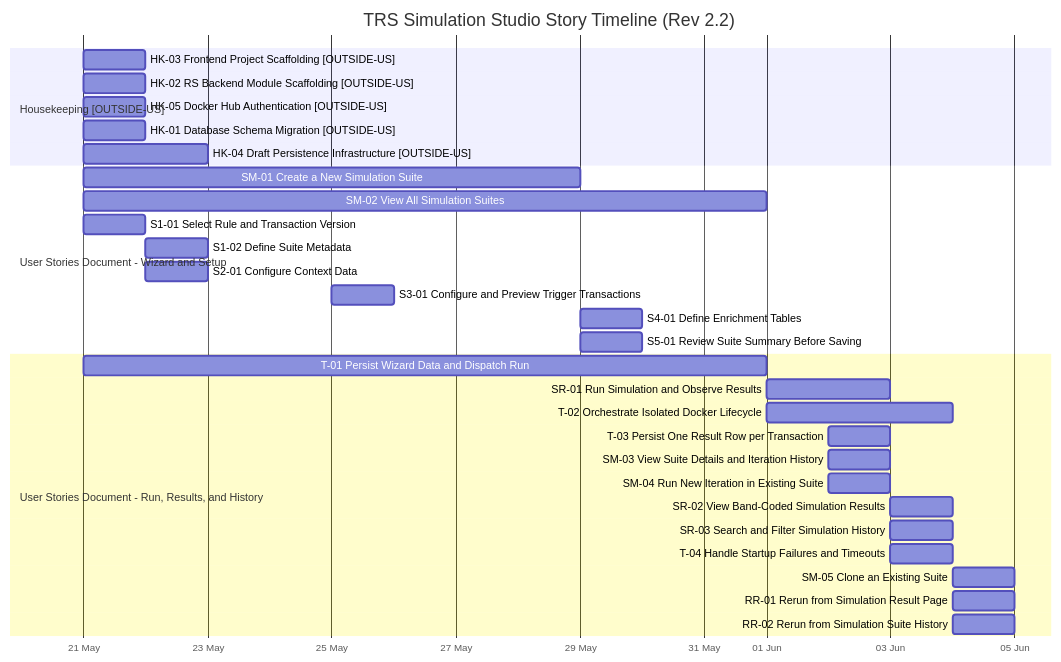
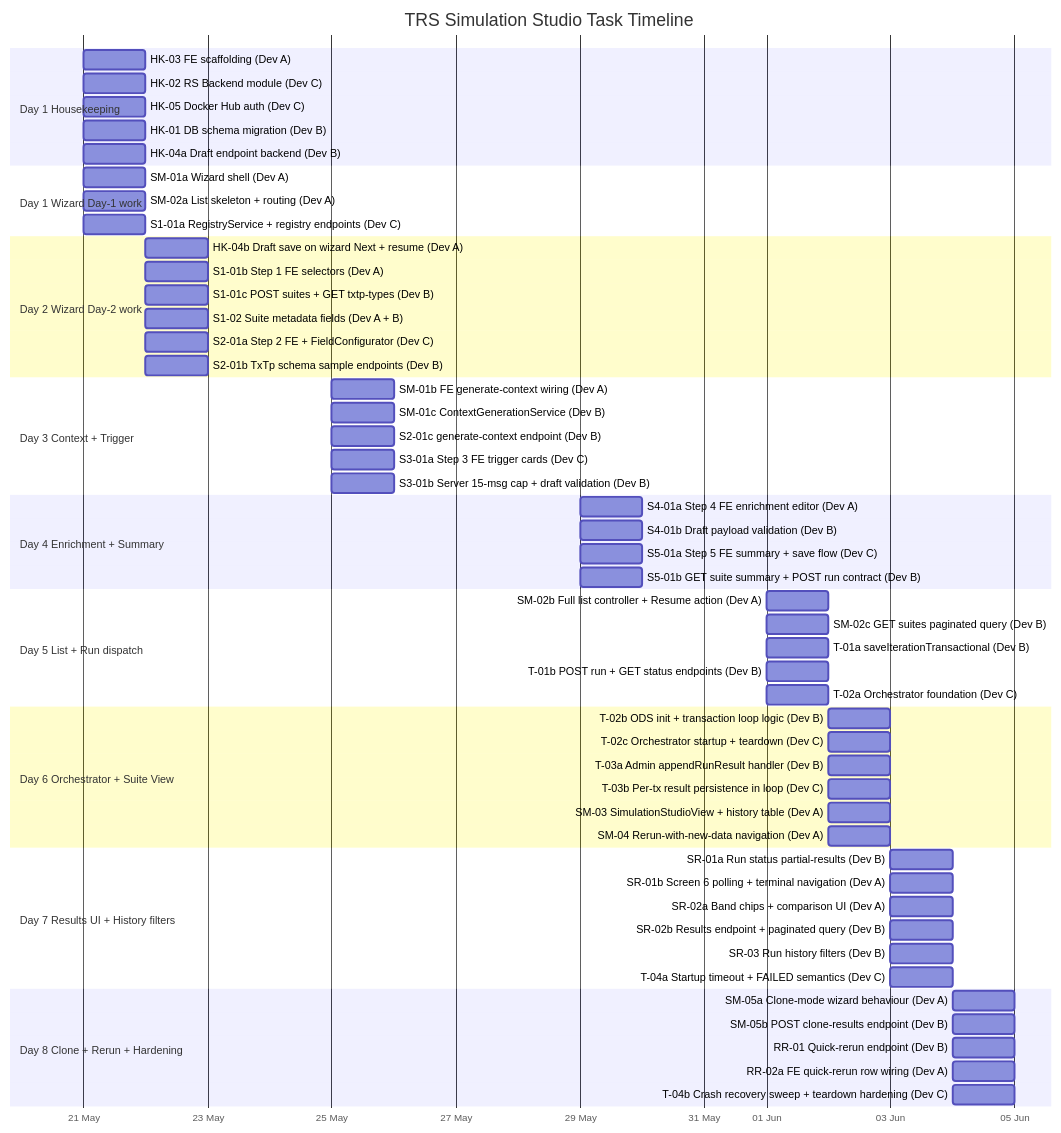
The first of 2 diagrams in plan/trs_simulation_gantt.md (ahmad-paysys/simulation-documentation), drawn with Mermaid before and after one commit. The commit also changed other lines of this file, not shown here.

First line of the commit message:
docs: update Gantt with dependency-aware task breakdown (#4)

````diff
--- a/plan/trs_simulation_gantt.md
+++ b/plan/trs_simulation_gantt.md
@@ -27,37 +34,69 @@
 ```mermaid
 gantt
-	title TRS Simulation Studio Story Timeline (Rev 2.2)
-	dateFormat  YYYY-MM-DD
-	axisFormat  %d %b
+    title TRS Simulation Studio Task Timeline
+    dateFormat  YYYY-MM-DD
+    axisFormat  %d %b
 
-	section Housekeeping [OUTSIDE-US]
-	HK-03 Frontend Project Scaffolding [OUTSIDE-US] :hk03, 2026-05-21, 1d
-	HK-02 RS Backend Module Scaffolding [OUTSIDE-US] :hk02, 2026-05-21, 1d
-	HK-05 Docker Hub Authentication [OUTSIDE-US] :hk05, 2026-05-21, 1d
-	HK-01 Database Schema Migration [OUTSIDE-US] :hk01, 2026-05-21, 1d
-	HK-04 Draft Persistence Infrastructure [OUTSIDE-US] :hk04, 2026-05-21, 2d
+    section Day 1 Housekeeping
+    HK-03 FE scaffolding (Dev A)             :hk03, 2026-05-21, 1d
+    HK-02 RS Backend module (Dev C)          :hk02, 2026-05-21, 1d
+    HK-05 Docker Hub auth (Dev C)            :hk05, 2026-05-21, 1d
+    HK-01 DB schema migration (Dev B)        :hk01, 2026-05-21, 1d
+    HK-04a Draft endpoint backend (Dev B)    :hk04a, 2026-05-21, 1d
 
-	section User Stories Document - Wizard and Setup
-	SM-01 Create a New Simulation Suite :sm01, 2026-05-21, 2026-05-29
-	SM-02 View All Simulation Suites :sm02, 2026-05-21, 2026-06-01
-	S1-01 Select Rule and Transaction Version :s101, 2026-05-21, 2026-05-22
-	S1-02 Define Suite Metadata :s102, 2026-05-22, 1d
-	S2-01 Configure Context Data :s201, 2026-05-22, 1d
-	S3-01 Configure and Preview Trigger Transactions :s301, 2026-05-25, 1d
-	S4-01 Define Enrichment Tables :s401, 2026-05-29, 1d
-	S5-01 Review Suite Summary Before Saving :s501, 2026-05-29, 1d
+    section Day 1 Wizard Day-1 work
+    SM-01a Wizard shell (Dev A)              :sm01a, 2026-05-21, 1d
+    SM-02a List skeleton + routing (Dev A)   :sm02a, 2026-05-21, 1d
+    S1-01a RegistryService + registry endpoints (Dev C) :s101a, 2026-05-21, 1d
 
-	section User Stories Document - Run, Results, and History
-	T-01 Persist Wizard Data and Dispatch Run :t01, 2026-05-21, 2026-06-01
-	SR-01 Run Simulation and Observe Results :sr01, 2026-06-01, 2026-06-03
-	T-02 Orchestrate Isolated Docker Lifecycle :t02, 2026-06-01, 2026-06-04
-	T-03 Persist One Result Row per Transaction :t03, 2026-06-02, 1d
-	SM-03 View Suite Details and Iteration History :sm03, 2026-06-02, 1d
-	SM-04 Run New Iteration in Existing Suite :sm04, 2026-06-02, 1d
-	SR-02 View Band-Coded Simulation Results :sr02, 2026-06-03, 1d
-	SR-03 Search and Filter Simulation History :sr03, 2026-06-03, 1d
-	T-04 Handle Startup Failures and Timeouts :t04, 2026-06-03, 2026-06-04
-	SM-05 Clone an Existing Suite :sm05, 2026-06-04, 1d
-	RR-01 Rerun from Simulation Result Page :rr01, 2026-06-04, 1d
-	RR-02 Rerun from Simulation Suite History :rr02, 2026-06-04, 1d
+    section Day 2 Wizard Day-2 work
+    HK-04b Draft save on wizard Next + resume (Dev A) :hk04b, 2026-05-22, 1d
+    S1-01b Step 1 FE selectors (Dev A)       :s101b, 2026-05-22, 1d
+    S1-01c POST suites + GET txtp-types (Dev B) :s101c, 2026-05-22, 1d
+    S1-02 Suite metadata fields (Dev A + B)  :s102, 2026-05-22, 1d
+    S2-01a Step 2 FE + FieldConfigurator (Dev C) :s201a, 2026-05-22, 1d
+    S2-01b TxTp schema sample endpoints (Dev B) :s201b, 2026-05-22, 1d
+
+    section Day 3 Context + Trigger
+    SM-01b FE generate-context wiring (Dev A) :sm01b, 2026-05-25, 1d
+    SM-01c ContextGenerationService (Dev B)  :sm01c, 2026-05-25, 1d
+    S2-01c generate-context endpoint (Dev B) :s201c, 2026-05-25, 1d
+    S3-01a Step 3 FE trigger cards (Dev C)   :s301a, 2026-05-25, 1d
+    S3-01b Server 15-msg cap + draft validation (Dev B) :s301b, 2026-05-25, 1d
+
+    section Day 4 Enrichment + Summary
+    S4-01a Step 4 FE enrichment editor (Dev A) :s401a, 2026-05-29, 1d
+    S4-01b Draft payload validation (Dev B)  :s401b, 2026-05-29, 1d
+    S5-01a Step 5 FE summary + save flow (Dev C) :s501a, 2026-05-29, 1d
+    S5-01b GET suite summary + POST run contract (Dev B) :s501b, 2026-05-29, 1d
+
+    section Day 5 List + Run dispatch
+    SM-02b Full list controller + Resume action (Dev A) :sm02b, 2026-06-01, 1d
+    SM-02c GET suites paginated query (Dev B) :sm02c, 2026-06-01, 1d
+    T-01a saveIterationTransactional (Dev B) :t01a, 2026-06-01, 1d
+    T-01b POST run + GET status endpoints (Dev B) :t01b, 2026-06-01, 1d
+    T-02a Orchestrator foundation (Dev C)    :t02a, 2026-06-01, 1d
+
+    section Day 6 Orchestrator + Suite View
+    T-02b ODS init + transaction loop logic (Dev B) :t02b, 2026-06-02, 1d
+    T-02c Orchestrator startup + teardown (Dev C) :t02c, 2026-06-02, 1d
+    T-03a Admin appendRunResult handler (Dev B) :t03a, 2026-06-02, 1d
+    T-03b Per-tx result persistence in loop (Dev C) :t03b, 2026-06-02, 1d
+    SM-03 SimulationStudioView + history table (Dev A) :sm03, 2026-06-02, 1d
+    SM-04 Rerun-with-new-data navigation (Dev A) :sm04, 2026-06-02, 1d
+
+    section Day 7 Results UI + History filters
+    SR-01a Run status partial-results (Dev B) :sr01a, 2026-06-03, 1d
+    SR-01b Screen 6 polling + terminal navigation (Dev A) :sr01b, 2026-06-03, 1d
+    SR-02a Band chips + comparison UI (Dev A) :sr02a, 2026-06-03, 1d
+    SR-02b Results endpoint + paginated query (Dev B) :sr02b, 2026-06-03, 1d
+    SR-03 Run history filters (Dev B)        :sr03, 2026-06-03, 1d
+    T-04a Startup timeout + FAILED semantics (Dev C) :t04a, 2026-06-03, 1d
+
+    section Day 8 Clone + Rerun + Hardening
+    SM-05a Clone-mode wizard behaviour (Dev A) :sm05a, 2026-06-04, 1d
+    SM-05b POST clone-results endpoint (Dev B) :sm05b, 2026-06-04, 1d
+    RR-01 Quick-rerun endpoint (Dev B)       :rr01, 2026-06-04, 1d
+    RR-02a FE quick-rerun row wiring (Dev A) :rr02a, 2026-06-04, 1d
+    T-04b Crash recovery sweep + teardown hardening (Dev C) :t04b, 2026-06-04, 1d
 ```
````
